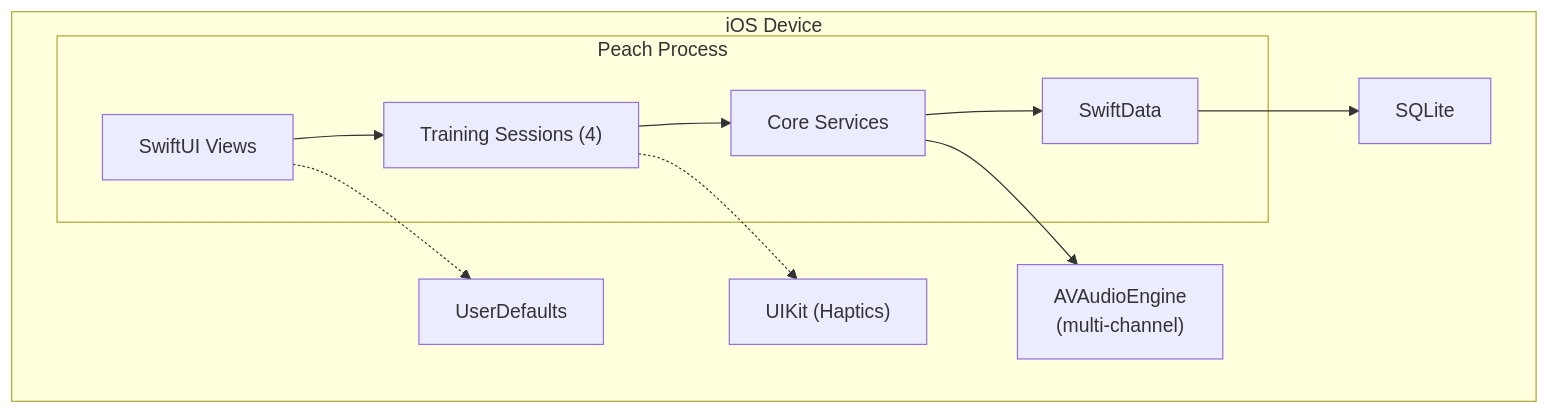
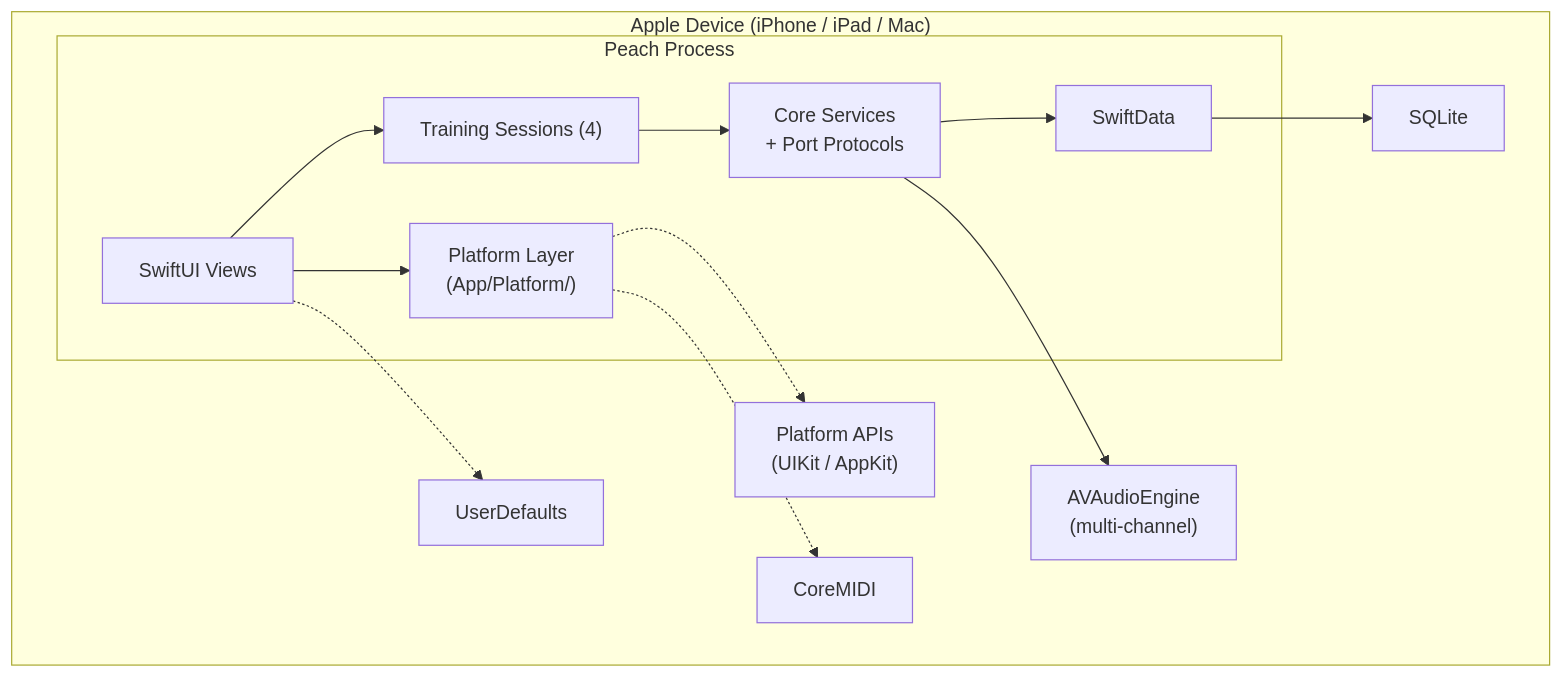
Before and after one commit to mschuerig/peach-ios: the second of 11 diagrams in docs/arc42.md, drawn with Mermaid. The commit also changed other lines of this file and 6 other files, not shown here.

````diff
--- a/docs/arc42.md
+++ b/docs/arc42.md
@@ -108,23 +114,27 @@
 ```mermaid
 graph TB
-    subgraph "iOS Device"
+    subgraph "Apple Device (iPhone / iPad / Mac)"
         subgraph "Peach Process"
             SwiftUI["SwiftUI Views"]
+            Platform["Platform Layer<br/>(App/Platform/)"]
             Sessions["Training Sessions (4)"]
-            Core["Core Services"]
+            Core["Core Services<br/>+ Port Protocols"]
             SwiftData["SwiftData"]
         end
         AVAudio["AVAudioEngine<br/>(multi-channel)"]
-        UIKit["UIKit (Haptics)"]
+        PlatformAPIs["Platform APIs<br/>(UIKit / AppKit)"]
         UserDefaults["UserDefaults"]
         SQLite["SQLite"]
+        CoreMIDI["CoreMIDI"]
     end
 
     SwiftUI --> Sessions
+    SwiftUI --> Platform
     Sessions --> Core
     Core --> SwiftData
     Core --> AVAudio
-    Sessions -.-> UIKit
+    Platform -.-> PlatformAPIs
+    Platform -.-> CoreMIDI
     SwiftUI -.-> UserDefaults
     SwiftData --> SQLite
 ```
````
